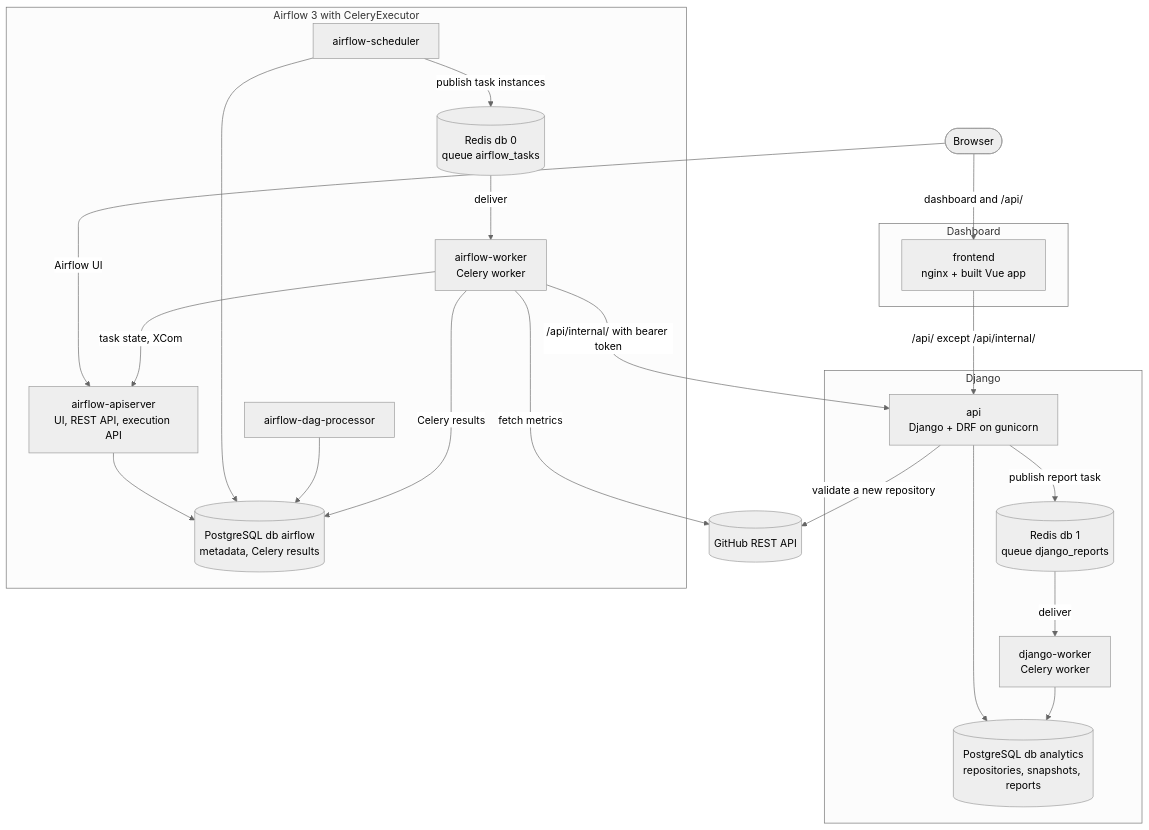
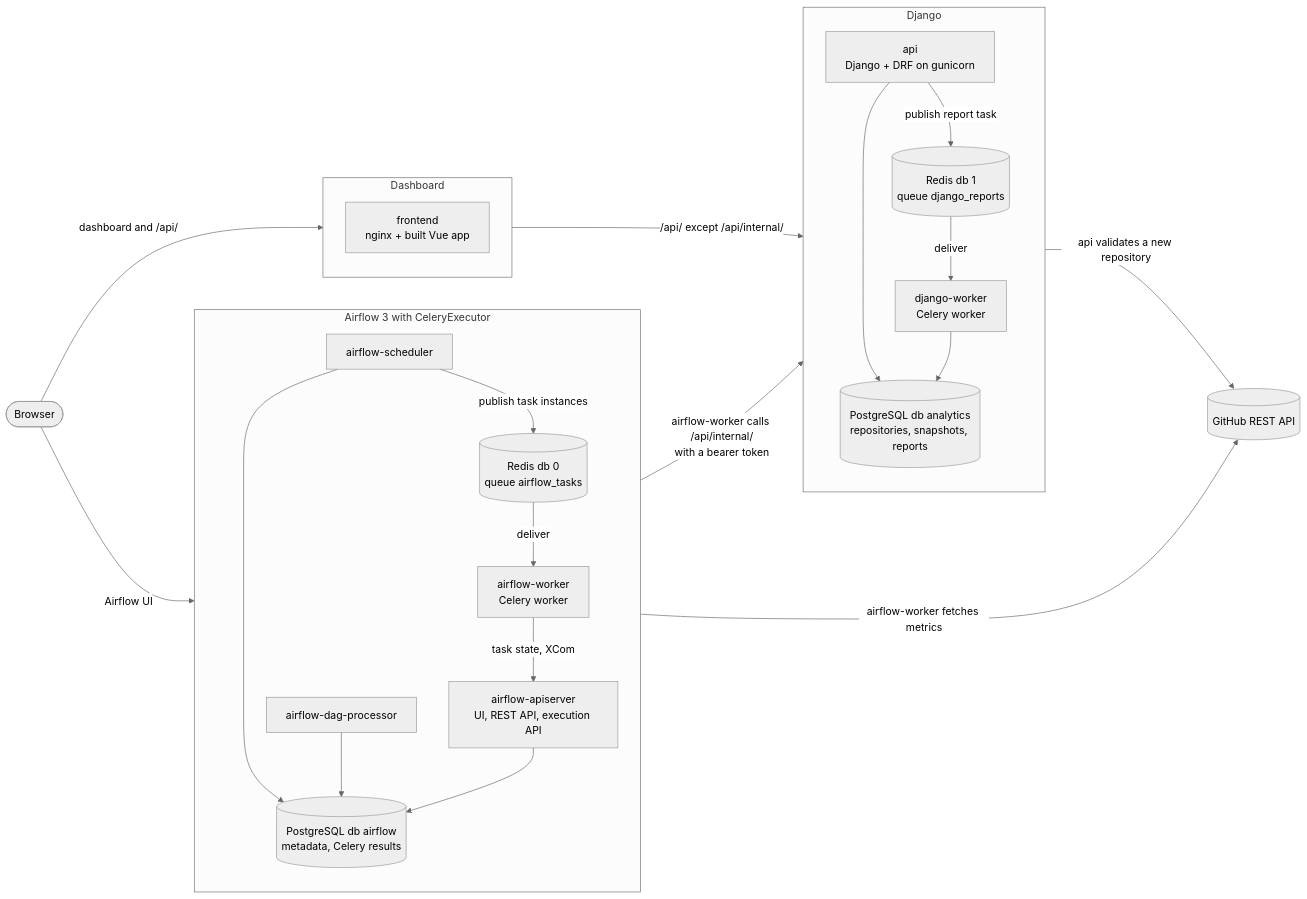
Before and after one commit to flokos/github-repo-analytics: the first of 6 diagrams in docs/DIAGRAMS.md, drawn with Mermaid (neutral theme). The commit also changed other lines of this file, not shown here.

Commit message:
docs: redraw the system architecture diagram as columns
Group each application with its own broker database and PostgreSQL
database so the diagram fits one screen in GitHub's Mermaid renderer.

````diff
--- a/docs/DIAGRAMS.md
+++ b/docs/DIAGRAMS.md
@@ -16,45 +16,44 @@
 ```mermaid
-flowchart TB
+flowchart LR
     user([Browser])
     github[(GitHub REST API)]
 
     subgraph dashboard [Dashboard]
         nginx["frontend<br/>nginx + built Vue app"]
     end
 
     subgraph django [Django]
+        direction TB
         api["api<br/>Django + DRF on gunicorn"]
         redis1[("Redis db 1<br/>queue django_reports")]
         dworker["django-worker<br/>Celery worker"]
         pgapp[("PostgreSQL db analytics<br/>repositories, snapshots, reports")]
+        api -->|"publish report task"| redis1
+        redis1 -->|"deliver"| dworker
+        api --> pgapp
+        dworker --> pgapp
     end
 
     subgraph airflow [Airflow 3 with CeleryExecutor]
-        apiserver["airflow-apiserver<br/>UI, REST API, execution API"]
+        direction TB
         scheduler[airflow-scheduler]
         dagproc[airflow-dag-processor]
         redis0[("Redis db 0<br/>queue airflow_tasks")]
         aworker["airflow-worker<br/>Celery worker"]
+        apiserver["airflow-apiserver<br/>UI, REST API, execution API"]
         pgair[("PostgreSQL db airflow<br/>metadata, Celery results")]
+        scheduler -->|"publish task instances"| redis0
+        redis0 -->|"deliver"| aworker
+        aworker -->|"task state, XCom"| apiserver
+        scheduler --> pgair
+        dagproc --> pgair
+        apiserver --> pgair
     end
 
-    user -->|"dashboard and /api/"| nginx
-    user -->|"Airflow UI"| apiserver
-    nginx -->|"/api/ except /api/internal/"| api
-
-    api -->|"publish report task"| redis1
-    redis1 -->|"deliver"| dworker
-    api --> pgapp
-    dworker --> pgapp
-    api -->|"validate a new repository"| github
-
-    scheduler -->|"publish task instances"| redis0
-    redis0 -->|"deliver"| aworker
-    aworker -->|"task state, XCom"| apiserver
-    apiserver --> pgair
-    scheduler --> pgair
-    dagproc --> pgair
-    aworker -->|"Celery results"| pgair
-    aworker -->|"fetch metrics"| github
-    aworker -->|"/api/internal/ with bearer token"| api
+    user -->|"dashboard and /api/"| dashboard
+    dashboard -->|"/api/ except /api/internal/"| django
+    user -->|"Airflow UI"| airflow
+    airflow -->|"airflow-worker calls /api/internal/<br/>with a bearer token"| django
+    django -->|"api validates a new repository"| github
+    airflow -->|"airflow-worker fetches metrics"| github
 ```
````
